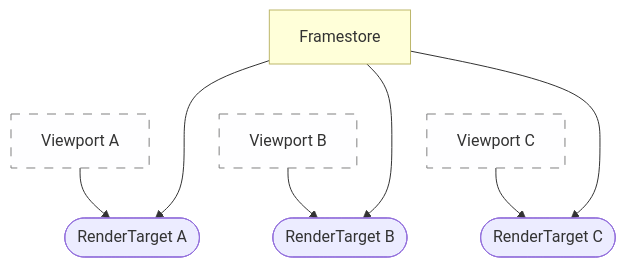
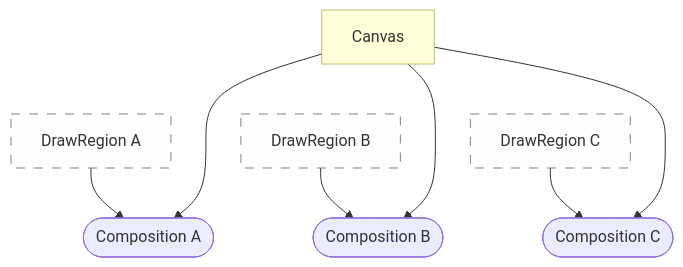
One commit to LMauricius/VitraeDocs changed the second of 3 diagrams in Docs/100_Engine_overview/FrameRendering.md. Above: the diagram before and after it, drawn with Mermaid. The commit also changed other lines of this file, not shown here.

Commit message:
Renames for Render canvas

````diff
--- a/Docs/100_Engine_overview/FrameRendering.md
+++ b/Docs/100_Engine_overview/FrameRendering.md
@@ -36,19 +38,19 @@
 ```mermaid
 graph TB
-    F[Framestore]:::fsStyle
+    F[Canvas]:::canvasStyle
 
-    A[Viewport A]:::vpStyle --> RA([RenderTarget A])
+    A[DrawRegion A]:::daStyle --> RA([Composition A])
     F --> RA
     F ~~~ A
     
-    B[Viewport B]:::vpStyle --> RB([RenderTarget B])
+    B[DrawRegion B]:::daStyle --> RB([Composition B])
     F --> RB
     F ~~~ B
 
-    C[Viewport C]:::vpStyle --> RC([RenderTarget C])
+    C[DrawRegion C]:::daStyle --> RC([Composition C])
     F --> RC
     F ~~~ C
 
-    classDef fsStyle fill:yellow,fill-opacity:0.15,stroke:darkkhaki;
-    classDef vpStyle fill:ghostwhite,fill-opacity:0.15,stroke:gray,stroke-dasharray:9;
+    classDef canvasStyle fill:yellow,fill-opacity:0.15,stroke:darkkhaki;
+    classDef daStyle fill:ghostwhite,fill-opacity:0.15,stroke:gray,stroke-dasharray:9;
 ```
````
